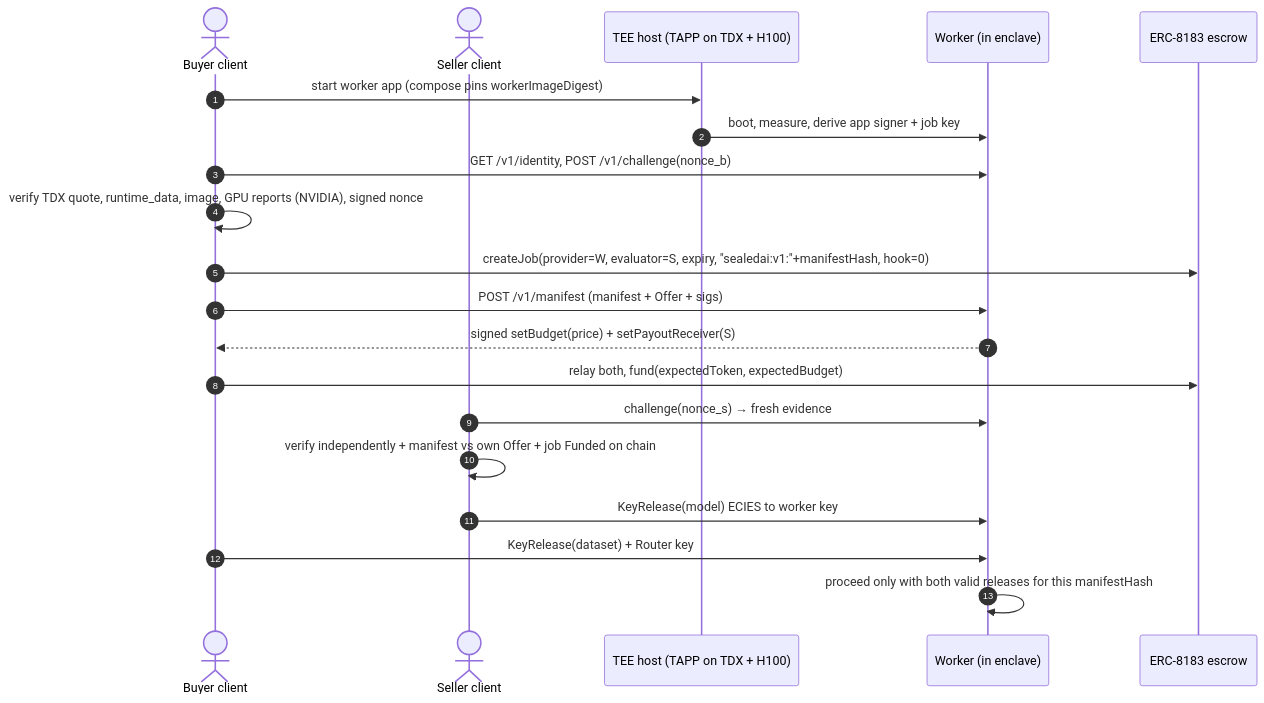
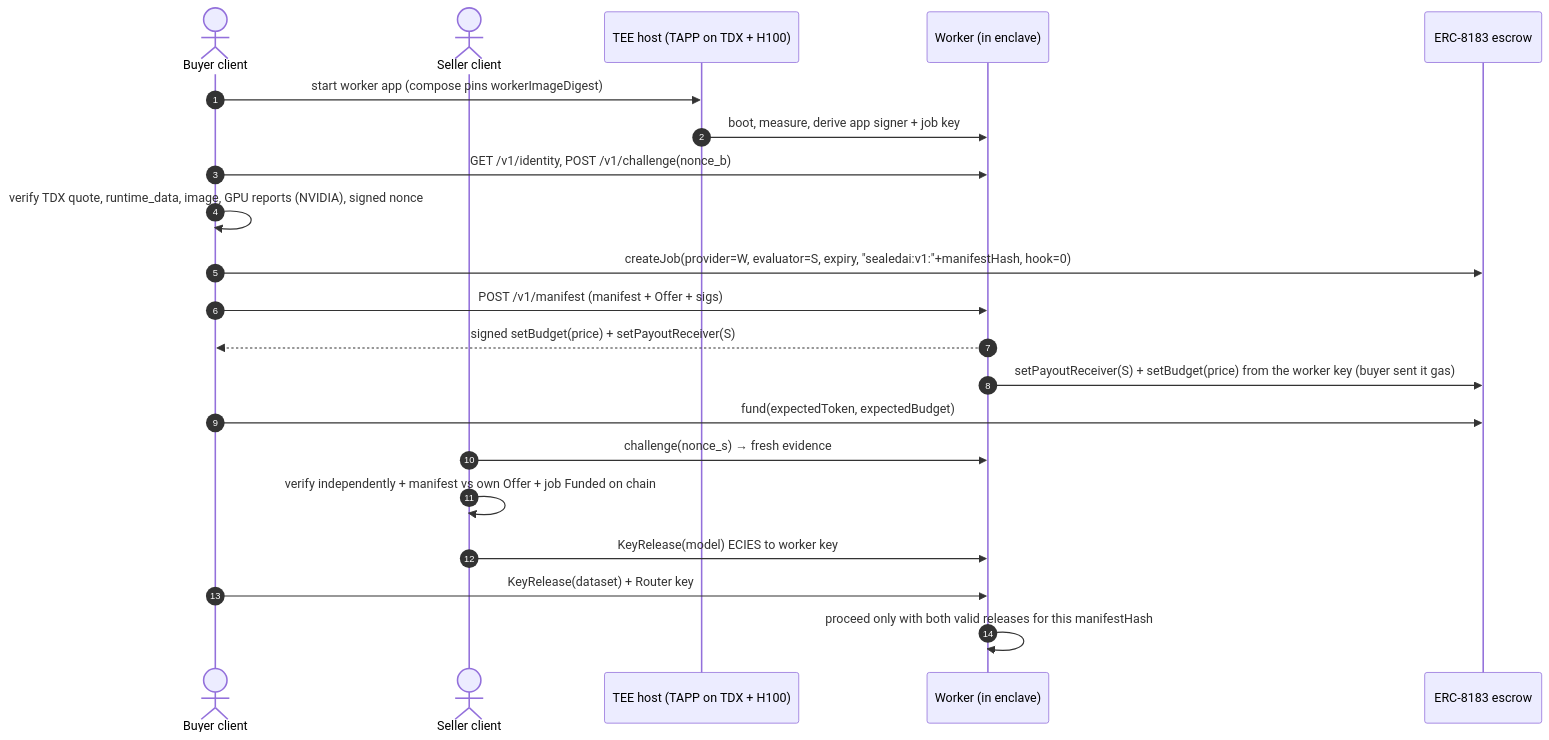
The sixth of 16 diagrams in docs/ARCHITECTURE.md (Soni-Shivam/Pivot_HTE), drawn with Mermaid before and after one commit. The commit also changed other lines of this file and 24 other files, not shown here.

````diff
--- a/docs/ARCHITECTURE.md
+++ b/docs/ARCHITECTURE.md
@@ -167,22 +167,23 @@
 ```mermaid
 sequenceDiagram
     autonumber
     actor B as Buyer client
     actor S as Seller client
     participant VM as TEE host (TAPP on TDX + H100)
     participant W as Worker (in enclave)
     participant E as ERC-8183 escrow
     B->>VM: start worker app (compose pins workerImageDigest)
     VM->>W: boot, measure, derive app signer + job key
     B->>W: GET /v1/identity, POST /v1/challenge(nonce_b)
     B->>B: verify TDX quote, runtime_data, image, GPU reports (NVIDIA), signed nonce
     B->>E: createJob(provider=W, evaluator=S, expiry, "sealedai:v1:"+manifestHash, hook=0)
     B->>W: POST /v1/manifest (manifest + Offer + sigs)
     W-->>B: signed setBudget(price) + setPayoutReceiver(S)
-    B->>E: relay both, fund(expectedToken, expectedBudget)
+    W->>E: setPayoutReceiver(S) + setBudget(price) from the worker key (buyer sent it gas)
+    B->>E: fund(expectedToken, expectedBudget)
     S->>W: challenge(nonce_s) → fresh evidence
     S->>S: verify independently + manifest vs own Offer + job Funded on chain
     S->>W: KeyRelease(model) ECIES to worker key
     B->>W: KeyRelease(dataset) + Router key
     W->>W: proceed only with both valid releases for this manifestHash
 ```
````
